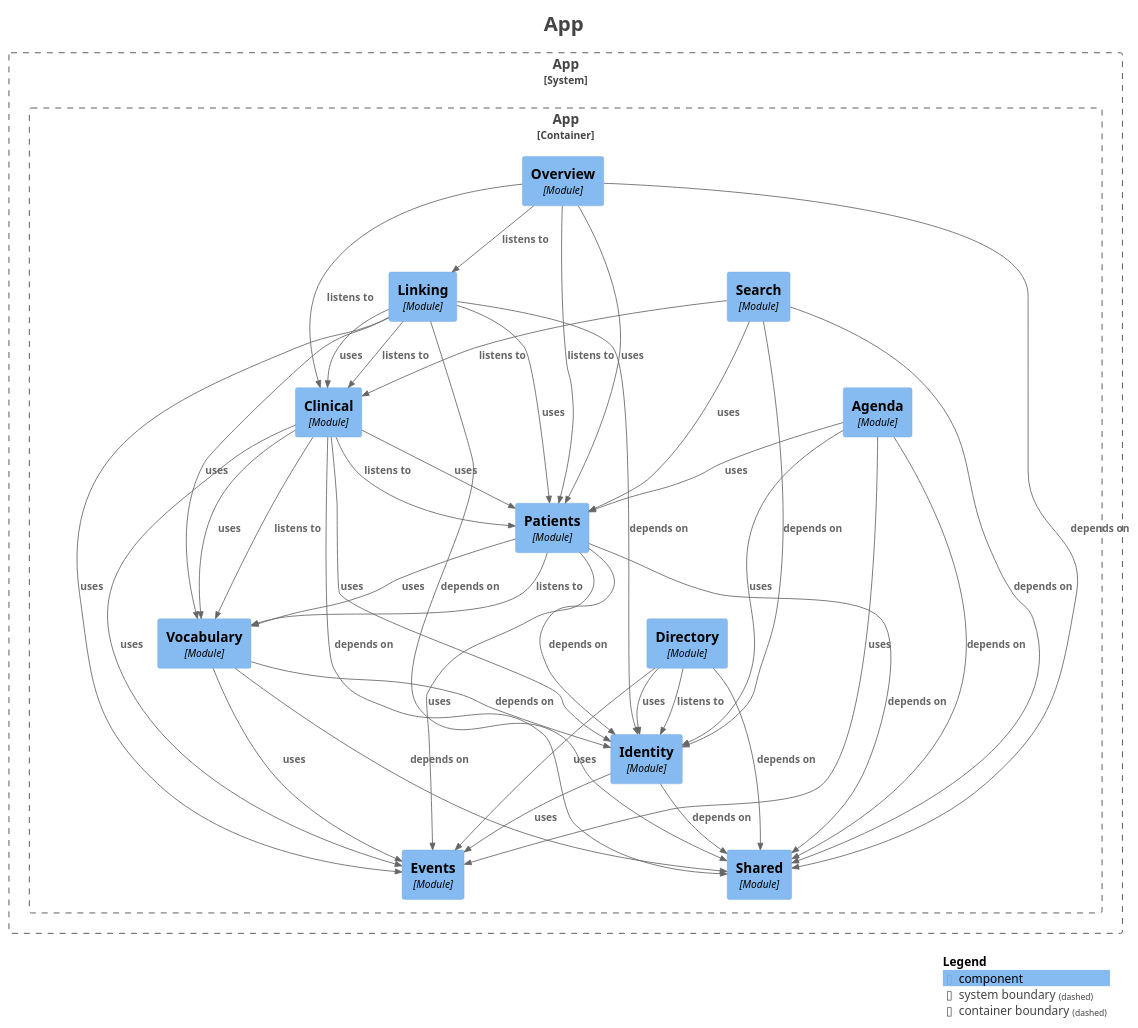
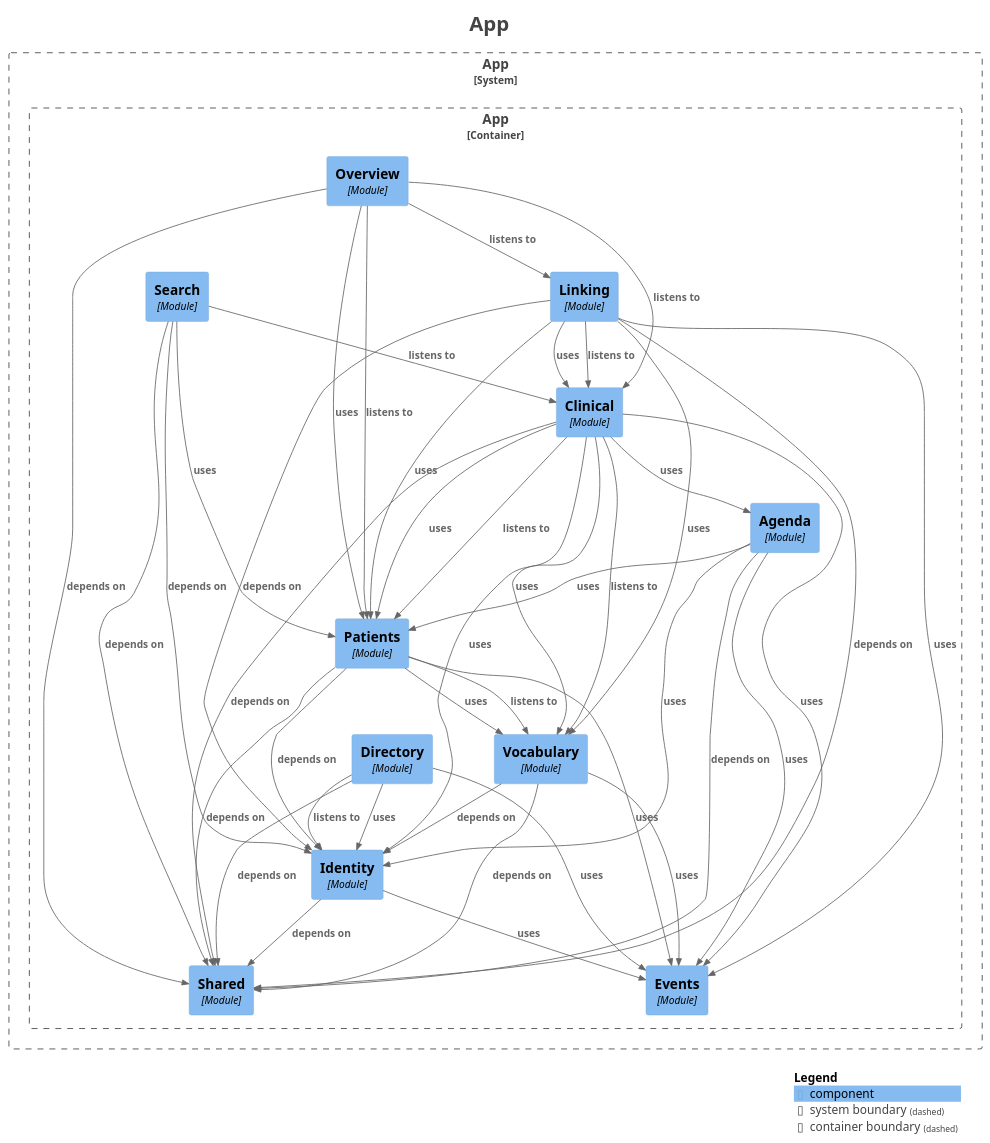
One commit to mrscams/psymate-api changed the diagram in docs/generated/components.puml. Above: the diagram before and after it, drawn with PlantUML. The commit also changed 31 other files, not shown here.

```diff
--- a/docs/generated/components.puml
+++ b/docs/generated/components.puml
@@ -1,79 +1,80 @@
 @startuml
 title <size:24>App</size>
 
 set separator none
 top to bottom direction
 
 <style>
   root {
     BackgroundColor: #ffffff
     FontColor: #444444
   }
 </style>
 
 !include <C4/C4>
 !include <C4/C4_Context>
 !include <C4/C4_Component>
 
 System_Boundary("App_boundary", "App", $tags="") {
   Container_Boundary("App.App_boundary", "App", $tags="") {
     Component(App.App.Agenda, "Agenda", $techn="Module", $descr="", $tags="", $link="")
     Component(App.App.Clinical, "Clinical", $techn="Module", $descr="", $tags="", $link="")
     Component(App.App.Directory, "Directory", $techn="Module", $descr="", $tags="", $link="")
     Component(App.App.Events, "Events", $techn="Module", $descr="", $tags="", $link="")
     Component(App.App.Identity, "Identity", $techn="Module", $descr="", $tags="", $link="")
     Component(App.App.Linking, "Linking", $techn="Module", $descr="", $tags="", $link="")
     Component(App.App.Overview, "Overview", $techn="Module", $descr="", $tags="", $link="")
     Component(App.App.Patients, "Patients", $techn="Module", $descr="", $tags="", $link="")
     Component(App.App.Search, "Search", $techn="Module", $descr="", $tags="", $link="")
     Component(App.App.Shared, "Shared", $techn="Module", $descr="", $tags="", $link="")
     Component(App.App.Vocabulary, "Vocabulary", $techn="Module", $descr="", $tags="", $link="")
   }
 
 }
 
 Rel(App.App.Agenda, App.App.Events, "uses", $techn="", $tags="", $link="")
 Rel(App.App.Agenda, App.App.Identity, "uses", $techn="", $tags="", $link="")
 Rel(App.App.Agenda, App.App.Patients, "uses", $techn="", $tags="", $link="")
 Rel(App.App.Agenda, App.App.Shared, "depends on", $techn="", $tags="", $link="")
+Rel(App.App.Clinical, App.App.Agenda, "uses", $techn="", $tags="", $link="")
 Rel(App.App.Clinical, App.App.Events, "uses", $techn="", $tags="", $link="")
 Rel(App.App.Clinical, App.App.Identity, "uses", $techn="", $tags="", $link="")
 Rel(App.App.Clinical, App.App.Patients, "listens to", $techn="", $tags="", $link="")
 Rel(App.App.Clinical, App.App.Patients, "uses", $techn="", $tags="", $link="")
 Rel(App.App.Clinical, App.App.Shared, "depends on", $techn="", $tags="", $link="")
 Rel(App.App.Clinical, App.App.Vocabulary, "listens to", $techn="", $tags="", $link="")
 Rel(App.App.Clinical, App.App.Vocabulary, "uses", $techn="", $tags="", $link="")
 Rel(App.App.Directory, App.App.Events, "uses", $techn="", $tags="", $link="")
 Rel(App.App.Directory, App.App.Identity, "listens to", $techn="", $tags="", $link="")
 Rel(App.App.Directory, App.App.Identity, "uses", $techn="", $tags="", $link="")
 Rel(App.App.Directory, App.App.Shared, "depends on", $techn="", $tags="", $link="")
 Rel(App.App.Identity, App.App.Events, "uses", $techn="", $tags="", $link="")
 Rel(App.App.Identity, App.App.Shared, "depends on", $techn="", $tags="", $link="")
 Rel(App.App.Linking, App.App.Clinical, "listens to", $techn="", $tags="", $link="")
 Rel(App.App.Linking, App.App.Clinical, "uses", $techn="", $tags="", $link="")
 Rel(App.App.Linking, App.App.Events, "uses", $techn="", $tags="", $link="")
 Rel(App.App.Linking, App.App.Identity, "depends on", $techn="", $tags="", $link="")
 Rel(App.App.Linking, App.App.Patients, "uses", $techn="", $tags="", $link="")
 Rel(App.App.Linking, App.App.Shared, "depends on", $techn="", $tags="", $link="")
 Rel(App.App.Linking, App.App.Vocabulary, "uses", $techn="", $tags="", $link="")
 Rel(App.App.Overview, App.App.Clinical, "listens to", $techn="", $tags="", $link="")
 Rel(App.App.Overview, App.App.Linking, "listens to", $techn="", $tags="", $link="")
 Rel(App.App.Overview, App.App.Patients, "listens to", $techn="", $tags="", $link="")
 Rel(App.App.Overview, App.App.Patients, "uses", $techn="", $tags="", $link="")
 Rel(App.App.Overview, App.App.Shared, "depends on", $techn="", $tags="", $link="")
 Rel(App.App.Patients, App.App.Events, "uses", $techn="", $tags="", $link="")
 Rel(App.App.Patients, App.App.Identity, "depends on", $techn="", $tags="", $link="")
 Rel(App.App.Patients, App.App.Shared, "depends on", $techn="", $tags="", $link="")
 Rel(App.App.Patients, App.App.Vocabulary, "listens to", $techn="", $tags="", $link="")
 Rel(App.App.Patients, App.App.Vocabulary, "uses", $techn="", $tags="", $link="")
 Rel(App.App.Search, App.App.Clinical, "listens to", $techn="", $tags="", $link="")
 Rel(App.App.Search, App.App.Identity, "depends on", $techn="", $tags="", $link="")
 Rel(App.App.Search, App.App.Patients, "uses", $techn="", $tags="", $link="")
 Rel(App.App.Search, App.App.Shared, "depends on", $techn="", $tags="", $link="")
 Rel(App.App.Vocabulary, App.App.Events, "uses", $techn="", $tags="", $link="")
 Rel(App.App.Vocabulary, App.App.Identity, "depends on", $techn="", $tags="", $link="")
 Rel(App.App.Vocabulary, App.App.Shared, "depends on", $techn="", $tags="", $link="")
 
 SHOW_LEGEND(true)
 hide stereotypes
 @enduml
```
